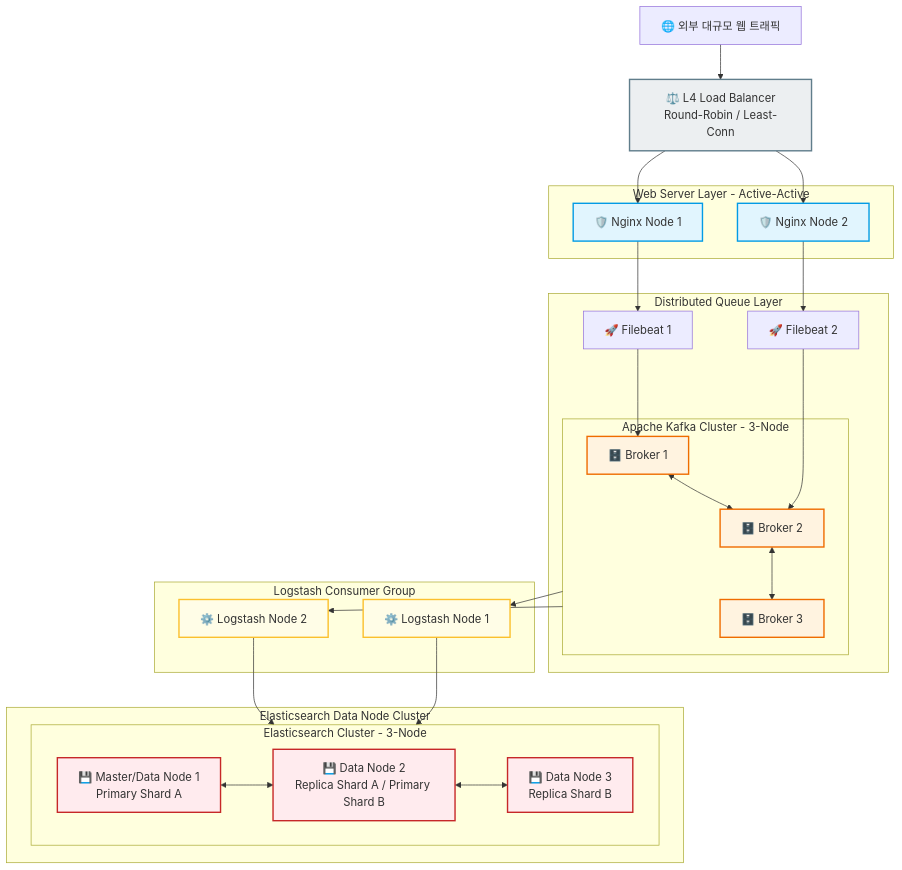
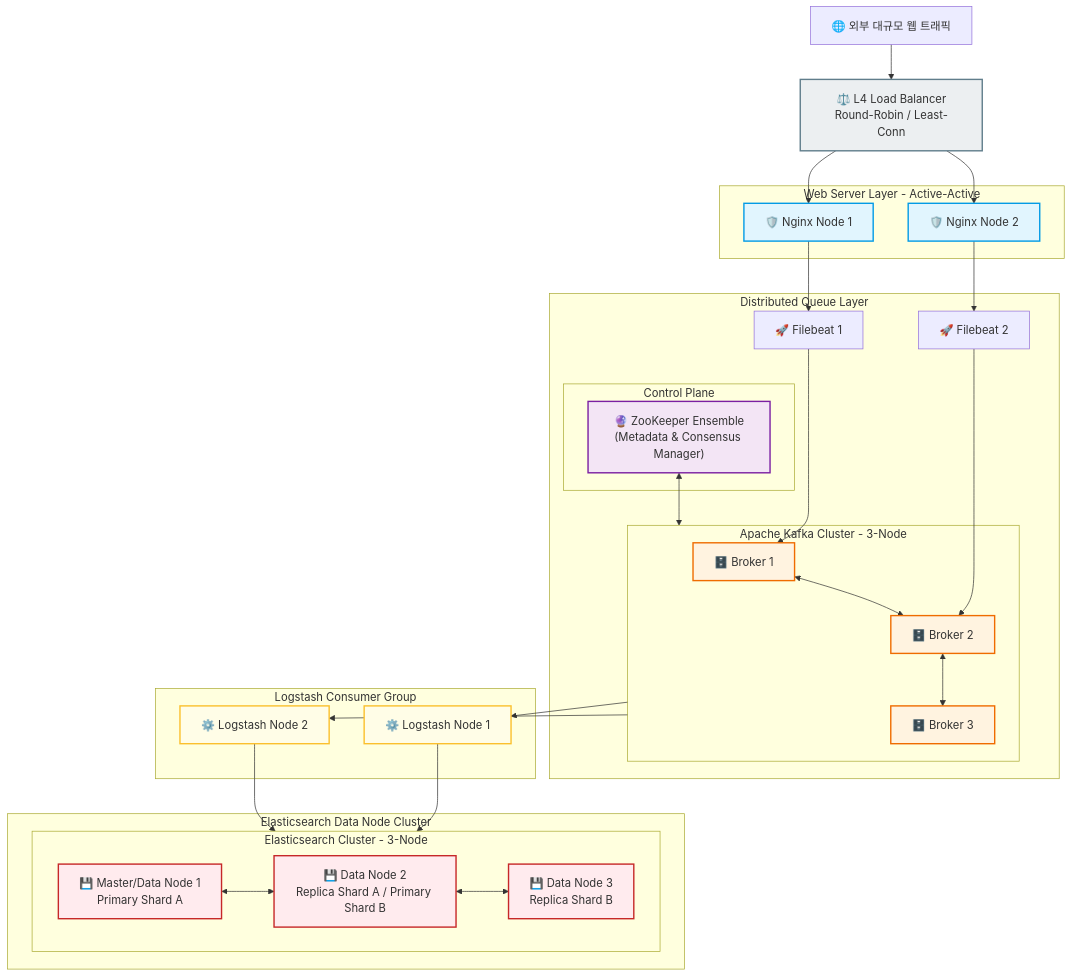
Before and after one commit to dra2sun7/security-log-pipeline: the diagram in docs/HA_ARCHITECTURE_PLAN.md, drawn with Mermaid. The commit also changed other lines of this file, not shown here.

First line of the commit message:
Enhance HA architecture with ZooKeeper coordination

````diff
--- a/docs/HA_ARCHITECTURE_PLAN.md
+++ b/docs/HA_ARCHITECTURE_PLAN.md
@@ -11,59 +11,66 @@
 ```mermaid
 graph TB
     %% 스타일 정의
     classDef lb fill:#eceff1,stroke:#607d8b,stroke-width:2px;
     classDef web fill:#e1f5fe,stroke:#039be5,stroke-width:2px;
     classDef queue fill:#fff3e0,stroke:#ef6c00,stroke-width:2px;
     classDef etl fill:#fffde7,stroke:#fbc02d,stroke-width:2px;
     classDef storage fill:#ffebee,stroke:#c62828,stroke-width:2px;
+    classDef coord fill:#f3e5f5,stroke:#7b1fa2,stroke-width:2px;
 
     %% 외부 유입
     Client["🌐 외부 대규모 웹 트래픽"] --> L4["⚖️ L4 Load Balancer<br/>Round-Robin / Least-Conn"]
 
     %% 웹 계층 이중화
     subgraph Web_Cluster [Web Server Layer - Active-Active]
         Nginx1["🛡️ Nginx Node 1"]
         Nginx2["🛡️ Nginx Node 2"]
     end
     L4 --> Nginx1
     L4 --> Nginx2
 
     %% 수집 및 버퍼 계층 이중화
     subgraph Ingestion_Buffer_Layer [Distributed Queue Layer]
         Filebeat1["🚀 Filebeat 1"] ---> Kafka1
         Filebeat2["🚀 Filebeat 2"] ---> Kafka2
         
         subgraph Kafka_Cluster [Apache Kafka Cluster - 3-Node]
             Kafka1["🗄️ Broker 1"] <--> Kafka2["🗄️ Broker 2"]
             Kafka2 <--> Kafka3["🗄️ Broker 3"]
         end
+        
+        subgraph Coordination_Layer [Control Plane]
+            ZK_Ensemble["🔮 ZooKeeper Ensemble<br/>(Metadata & Consensus Manager)"]
+        end
+        ZK_Ensemble <--> Kafka_Cluster
     end
     Nginx1 --> Filebeat1
     Nginx2 --> Filebeat2
 
     %% 가공 계층 이중화
     subgraph Processing_Layer [Logstash Consumer Group]
         Logstash1["⚙️ Logstash Node 1"]
         Logstash2["⚙️ Logstash Node 2"]
     end
     Kafka_Cluster ---> Logstash1
     Kafka_Cluster ---> Logstash2
 
     %% 저장 계층 이중화
     subgraph Storage_Layer [Elasticsearch Data Node Cluster]
         Logstash1 --> ES_Cluster
         Logstash2 --> ES_Cluster
         
         subgraph ES_Cluster [Elasticsearch Cluster - 3-Node]
             ES1["💾 Master/Data Node 1<br/>Primary Shard A"] <--> ES2["💾 Data Node 2<br/>Replica Shard A / Primary Shard B"]
             ES2 <--> ES3["💾 Data Node 3<br/>Replica Shard B"]
         end
     end
 
     %% 스타일 적용
     class L4 lb;
     class Nginx1,Nginx2 web;
     class Kafka1,Kafka2,Kafka3 queue;
     class Logstash1,Logstash2 etl;
     class ES1,ES2,ES3 storage;
+    class ZK_Ensemble coord;
 ```
````
